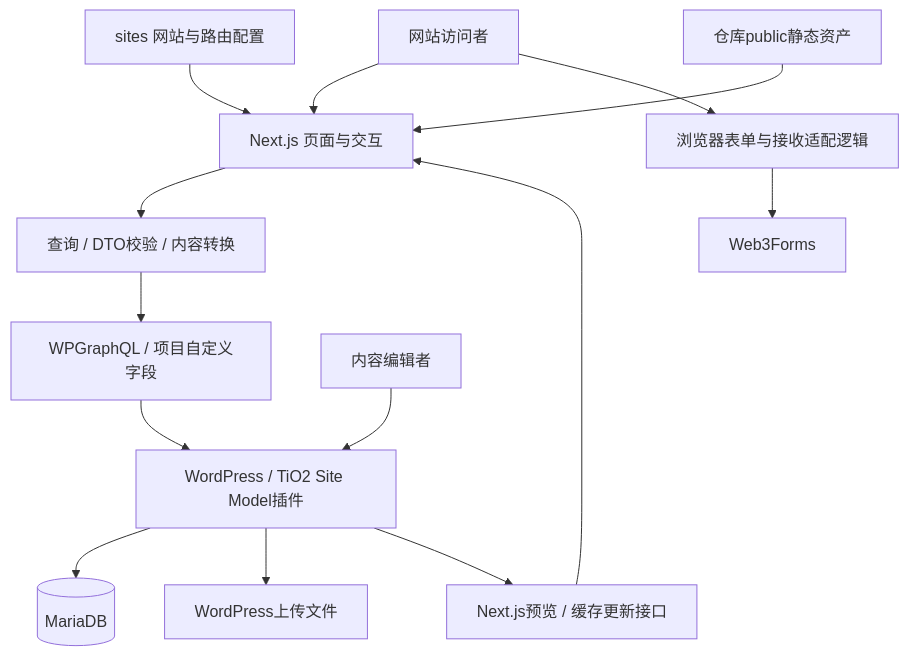
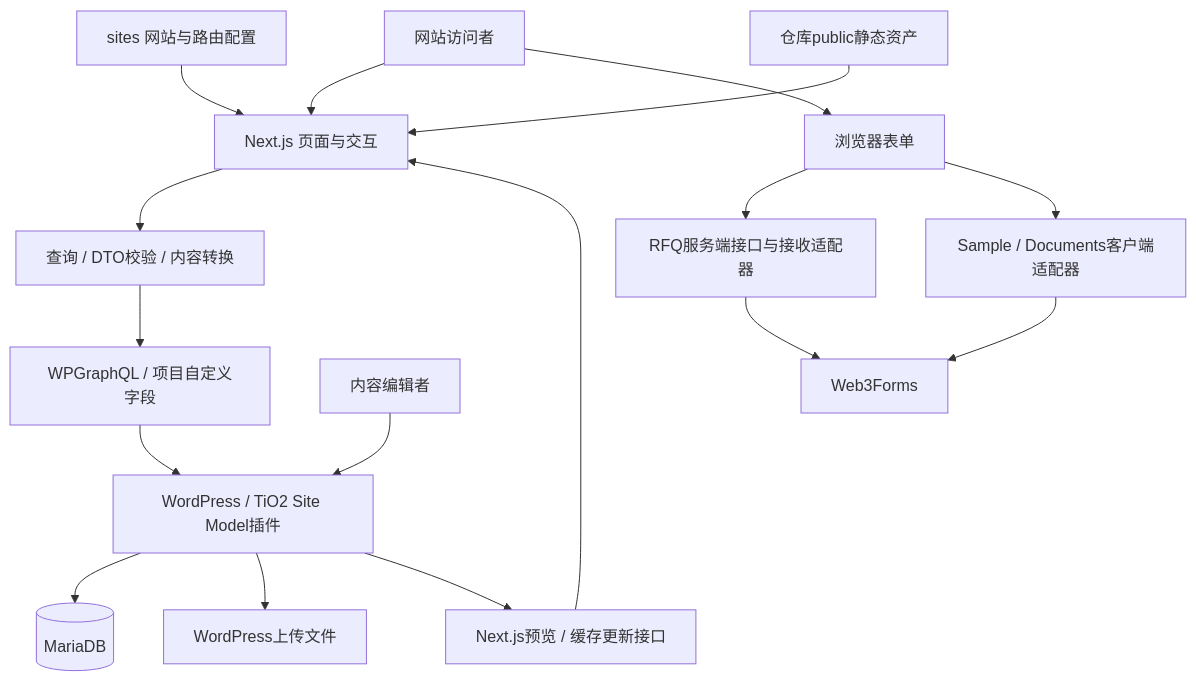
Before and after one commit to longestGj/tio2-wordpress-nextjs: the diagram in docs/software-architecture.md, drawn with Mermaid. The commit also changed other lines of this file and 3 other files, not shown here.

Commit message:
docs: align architecture with synced APP-000 and RFQ implementation

````diff
--- a/docs/software-architecture.md
+++ b/docs/software-architecture.md
@@ -13,16 +13,19 @@
 ```mermaid
 flowchart TB
   Buyer[网站访问者] --> Next[Next.js 页面与交互]
   Site[sites 网站与路由配置] --> Next
   Next --> Adapt[查询 / DTO校验 / 内容转换]
   Adapt --> GraphQL[WPGraphQL / 项目自定义字段]
   GraphQL --> WP[WordPress / TiO2 Site Model插件]
   Editor[内容编辑者] --> WP
   WP --> DB[(MariaDB)]
   WP --> Uploads[WordPress上传文件]
   Assets[仓库public静态资产] --> Next
   WP --> Hooks[Next.js预览 / 缓存更新接口]
   Hooks --> Next
-  Buyer --> Forms[浏览器表单与接收适配逻辑]
-  Forms --> Provider[Web3Forms]
+  Buyer --> Forms[浏览器表单]
+  Forms --> RFQ[RFQ服务端接口与接收适配器]
+  RFQ --> Provider[Web3Forms]
+  Forms --> Other[Sample / Documents客户端适配器]
+  Other --> Provider
 ```
````
